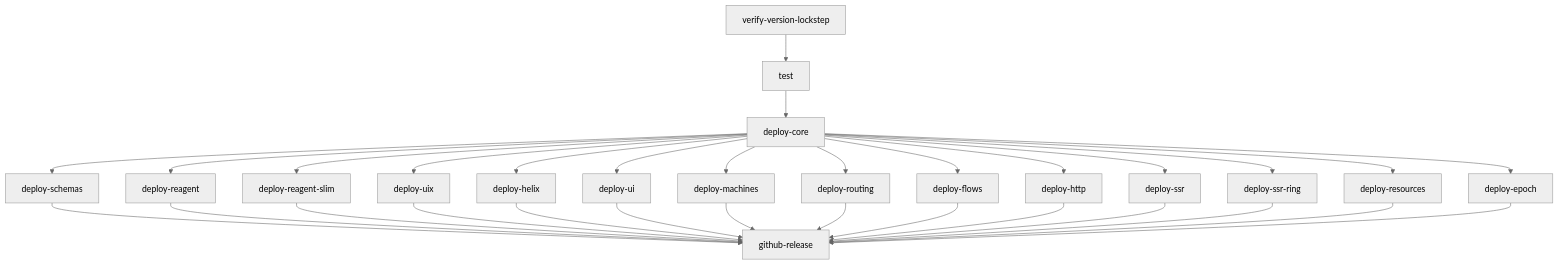
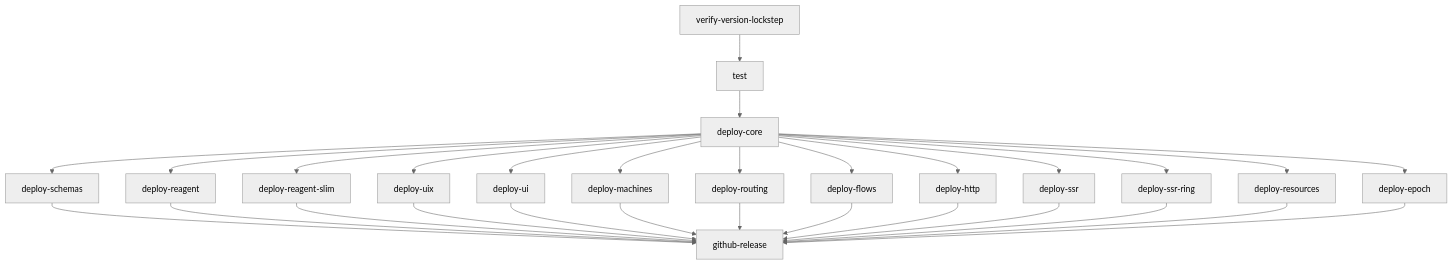
One commit to day8/re-frame2 changed the diagram in docs/release-process.md. Above: the diagram before and after it, drawn with Mermaid (neutral theme). The commit also changed other lines of this file and 128 other files, not shown here.

````diff
--- a/docs/release-process.md
+++ b/docs/release-process.md
@@ -45,33 +45,31 @@
 ```mermaid
 graph TD
   V[verify-version-lockstep] --> T[test]
   T --> C[deploy-core]
   C --> S[deploy-schemas]
   C --> R[deploy-reagent]
   C --> RS[deploy-reagent-slim]
   C --> U[deploy-uix]
-  C --> HX[deploy-helix]
   C --> UI[deploy-ui]
   C --> M[deploy-machines]
   C --> RT[deploy-routing]
   C --> F[deploy-flows]
   C --> H[deploy-http]
   C --> SS[deploy-ssr]
   C --> SR[deploy-ssr-ring]
   C --> RES[deploy-resources]
   C --> E[deploy-epoch]
   S --> GR[github-release]
   R --> GR
   RS --> GR
   U --> GR
-  HX --> GR
   UI --> GR
   M --> GR
   RT --> GR
   F --> GR
   H --> GR
   SS --> GR
   SR --> GR
   RES --> GR
   E --> GR
 ```
````
